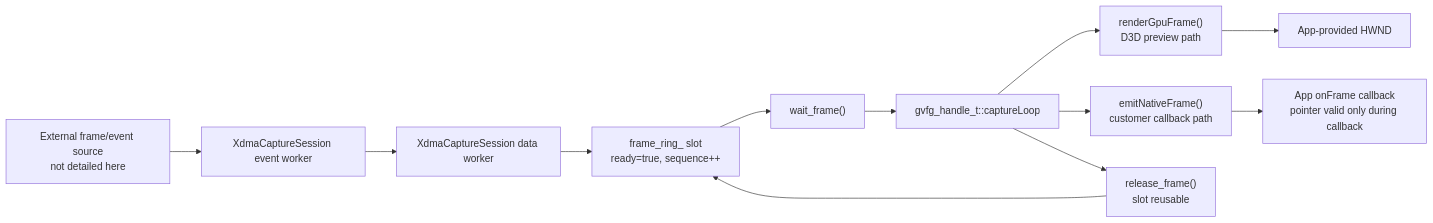
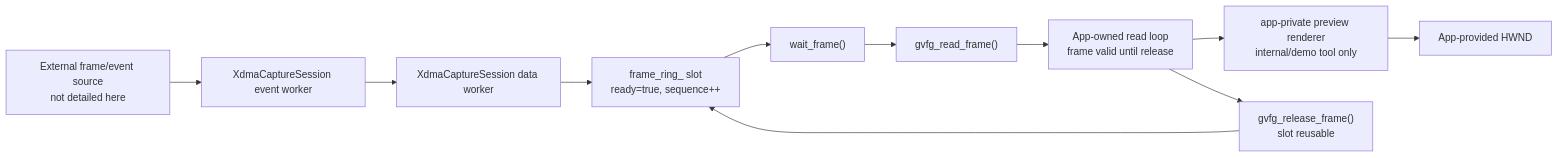
One commit to MarquezLin/GVFG_Standalone changed the third of 5 diagrams in docs/GVFG_PROJECT_MAP.md. Above: the diagram before and after it, drawn with Mermaid. The commit also changed other lines of this file and 13 other files, not shown here.

````diff
--- a/docs/GVFG_PROJECT_MAP.md
+++ b/docs/GVFG_PROJECT_MAP.md
@@ -96,14 +94,13 @@
 ```mermaid
 flowchart LR
     Boundary["External frame/event source\nnot detailed here"] --> EventWorker["XdmaCaptureSession event worker"]
     EventWorker --> DataWorker["XdmaCaptureSession data worker"]
     DataWorker --> Ring["frame_ring_ slot\nready=true, sequence++"]
     Ring --> WaitFrame["wait_frame()"]
-    WaitFrame --> CaptureLoop["gvfg_handle_t::captureLoop"]
-    CaptureLoop --> Preview["renderGpuFrame()\nD3D preview path"]
-    CaptureLoop --> Callback["emitNativeFrame()\ncustomer callback path"]
+    WaitFrame --> ReadFrame["gvfg_read_frame()"]
+    ReadFrame --> App["App-owned read loop\nframe valid until release"]
+    App --> Preview["app-private preview renderer\ninternal/demo tool only"]
     Preview --> HWND["App-provided HWND"]
-    Callback --> App["App onFrame callback\npointer valid only during callback"]
-    CaptureLoop --> Release["release_frame()\nslot reusable"]
+    App --> Release["gvfg_release_frame()\nslot reusable"]
     Release --> Ring
 ```
````
